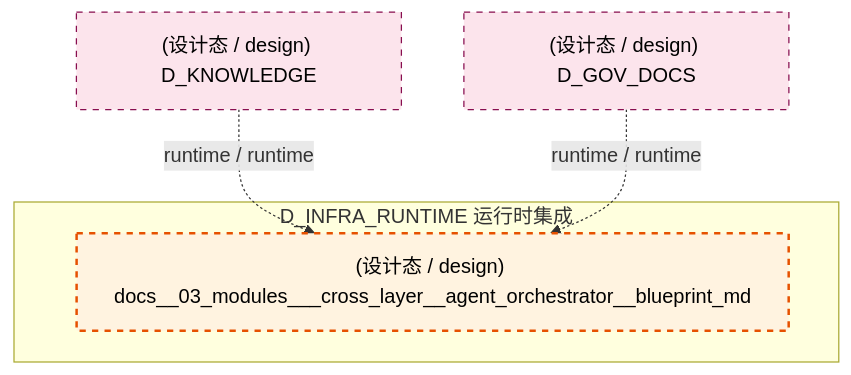
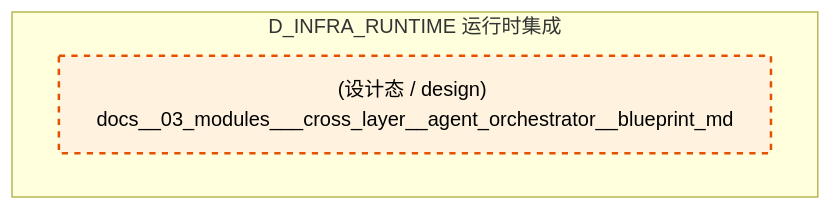
Before and after one commit to xuanFelixVan/ZephyrAlpha: the eighth of 10 diagrams in docs/02_enterprise_architecture/02_domain_architecture_docs/04_d_infra_runtime.md, drawn with Mermaid. The commit also changed other lines of this file and 86 other files, not shown here.

````diff
--- a/docs/02_enterprise_architecture/02_domain_architecture_docs/04_d_infra_runtime.md
+++ b/docs/02_enterprise_architecture/02_domain_architecture_docs/04_d_infra_runtime.md
@@ -1039,16 +1037,11 @@
 ```mermaid
 graph TD
     subgraph D_INFRA_RUNTIME["D_INFRA_RUNTIME 运行时集成"]
         docs_03_modules_cross_layer_agent_orchestrator_blueprint_md["(设计态 / design) docs__03_modules___cross_layer__agent_orchestrator__blueprint_md"]
     end
-    D_KNOWLEDGE["(设计态 / design) D_KNOWLEDGE"]
-    D_KNOWLEDGE -.->|runtime / runtime| docs_03_modules_cross_layer_agent_orchestrator_blueprint_md
-    D_GOV_DOCS["(设计态 / design) D_GOV_DOCS"]
-    D_GOV_DOCS -.->|runtime / runtime| docs_03_modules_cross_layer_agent_orchestrator_blueprint_md
     classDef production fill:#e1f5fe,stroke:#01579b,stroke-width:2px,color:#000
     classDef design fill:#fff3e0,stroke:#e65100,stroke-width:2px,color:#000,stroke-dasharray: 5 5
     classDef external_prod fill:#e8f5e9,stroke:#1b5e20,stroke-width:1px,color:#000
     classDef external_design fill:#fce4ec,stroke:#880e4f,stroke-width:1px,color:#000,stroke-dasharray: 5 5
     class docs_03_modules_cross_layer_agent_orchestrator_blueprint_md design
-    class D_KNOWLEDGE,D_GOV_DOCS external_design
 ```
````
